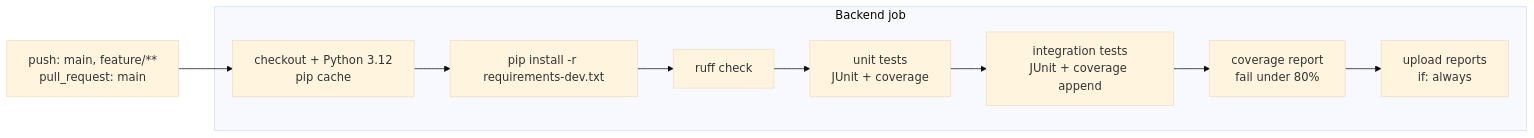
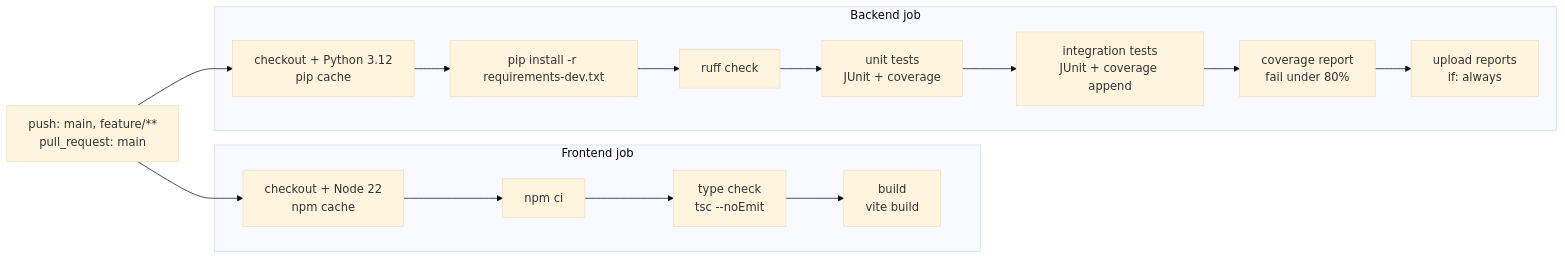
Before and after one commit to Helen869/event-management-app: the sixth of 6 diagrams in docs/DECISIONS.md, drawn with Mermaid (base theme). The commit also changed other lines of this file and 2 other files, not shown here.

Commit message:
docs: frontend setup, architecture and CI updates

````diff
--- a/docs/DECISIONS.md
+++ b/docs/DECISIONS.md
@@ -168,12 +168,15 @@
 ```mermaid
 flowchart LR
-  T["push: main, feature/**<br/>pull_request: main"] --> B1
+  T["push: main, feature/**<br/>pull_request: main"] --> B1 & F1
+  subgraph Frontend job
+    F1[checkout + Node 22<br/>npm cache] --> F2[npm ci] --> F3[type check<br/>tsc --noEmit] --> F4[build<br/>vite build]
+  end
   subgraph Backend job
     B1[checkout + Python 3.12<br/>pip cache] --> B2[pip install -r requirements-dev.txt]
     B2 --> B3[ruff check]
     B3 --> B4[unit tests<br/>JUnit + coverage]
     B4 --> B5[integration tests<br/>JUnit + coverage append]
     B5 --> B6[coverage report<br/>fail under 80%]
     B6 --> B7[upload reports<br/>if: always]
   end
 ```
````
